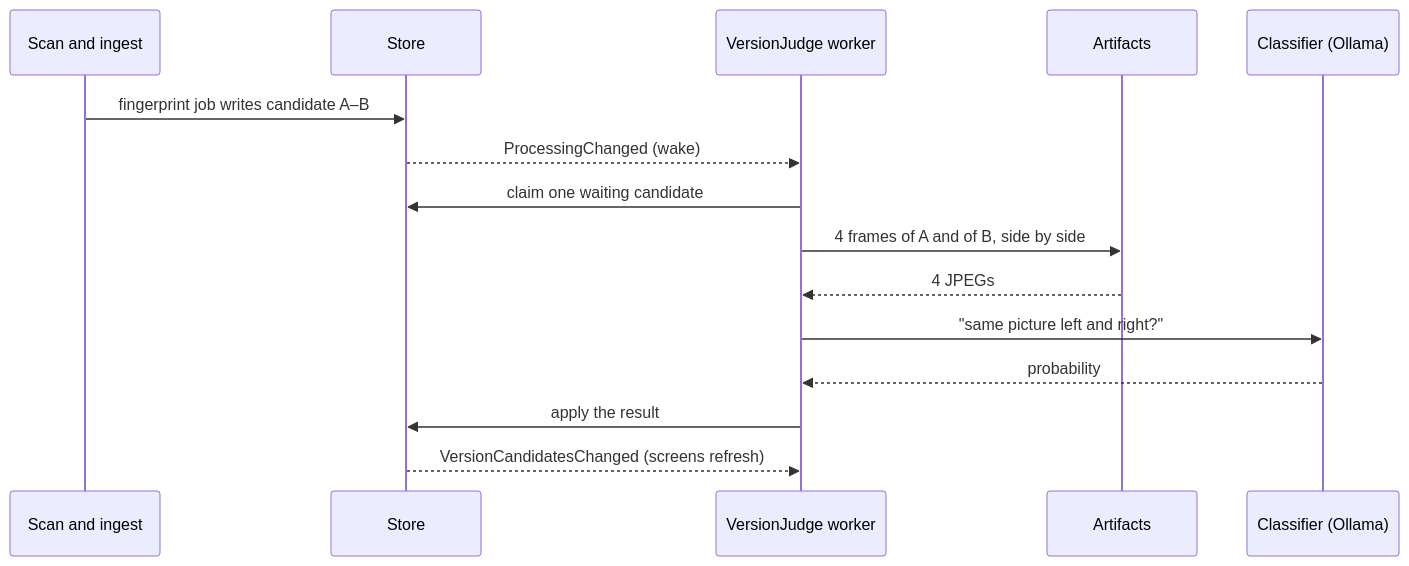
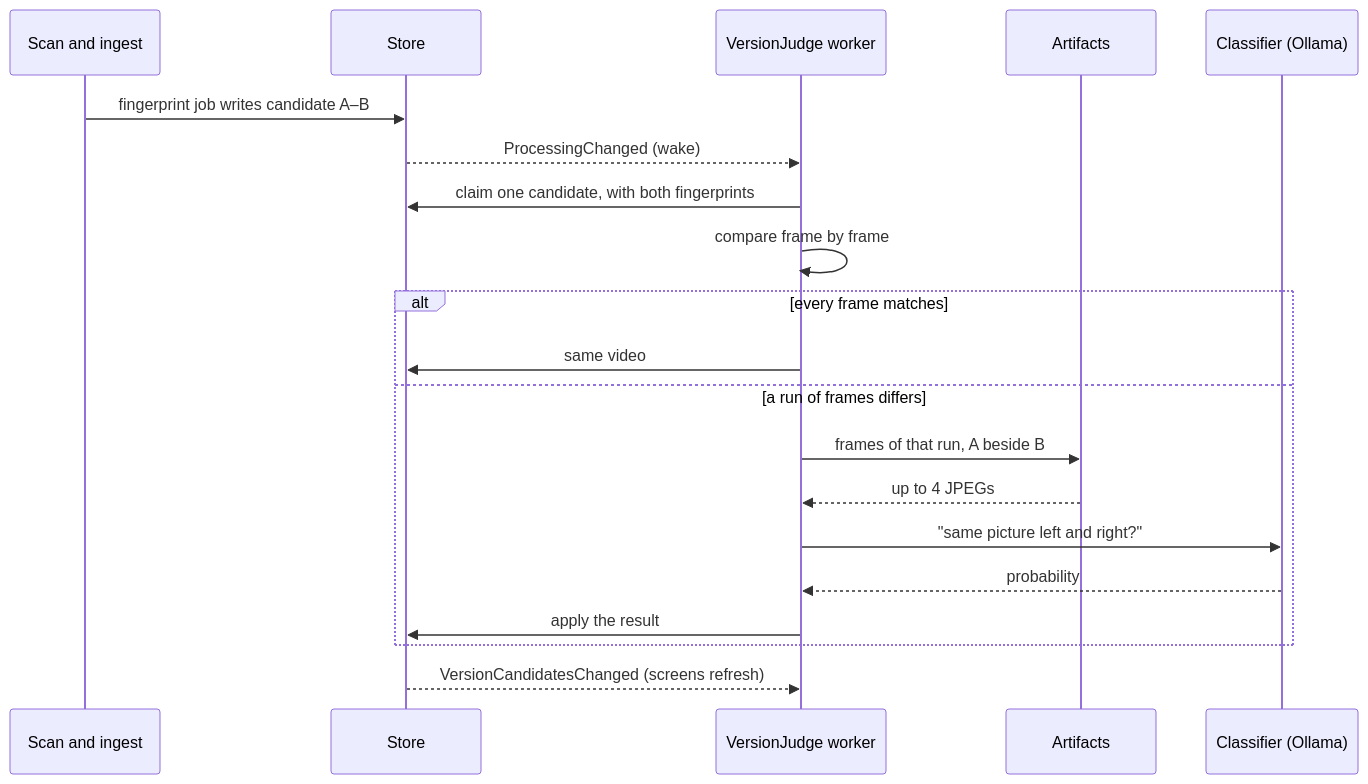
One commit to syudead/vv changed the first of 2 diagrams in specs/054-auto-dup/plan.md. Above: the diagram before and after it, drawn with Mermaid. The commit also changed other lines of this file and 7 other files, not shown here.

First line of the commit message:
docs(054): judge by per-frame fingerprints first, ask the model only for a differing run

````diff
--- a/specs/054-auto-dup/plan.md
+++ b/specs/054-auto-dup/plan.md
@@ -48,17 +36,22 @@
 ```mermaid
 sequenceDiagram
   participant Scan as Scan and ingest
   participant Store as Store
   participant Judge as VersionJudge worker
   participant Art as Artifacts
   participant AI as Classifier (Ollama)
   Scan->>Store: fingerprint job writes candidate A–B
   Store-->>Judge: ProcessingChanged (wake)
-  Judge->>Store: claim one waiting candidate
-  Judge->>Art: 4 frames of A and of B, side by side
-  Art-->>Judge: 4 JPEGs
-  Judge->>AI: "same picture left and right?"
-  AI-->>Judge: probability
-  Judge->>Store: apply the result
+  Judge->>Store: claim one candidate, with both fingerprints
+  Judge->>Judge: compare frame by frame
+  alt every frame matches
+    Judge->>Store: same video
+  else a run of frames differs
+    Judge->>Art: frames of that run, A beside B
+    Art-->>Judge: up to 4 JPEGs
+    Judge->>AI: "same picture left and right?"
+    AI-->>Judge: probability
+    Judge->>Store: apply the result
+  end
   Store-->>Judge: VersionCandidatesChanged (screens refresh)
 ```
````
